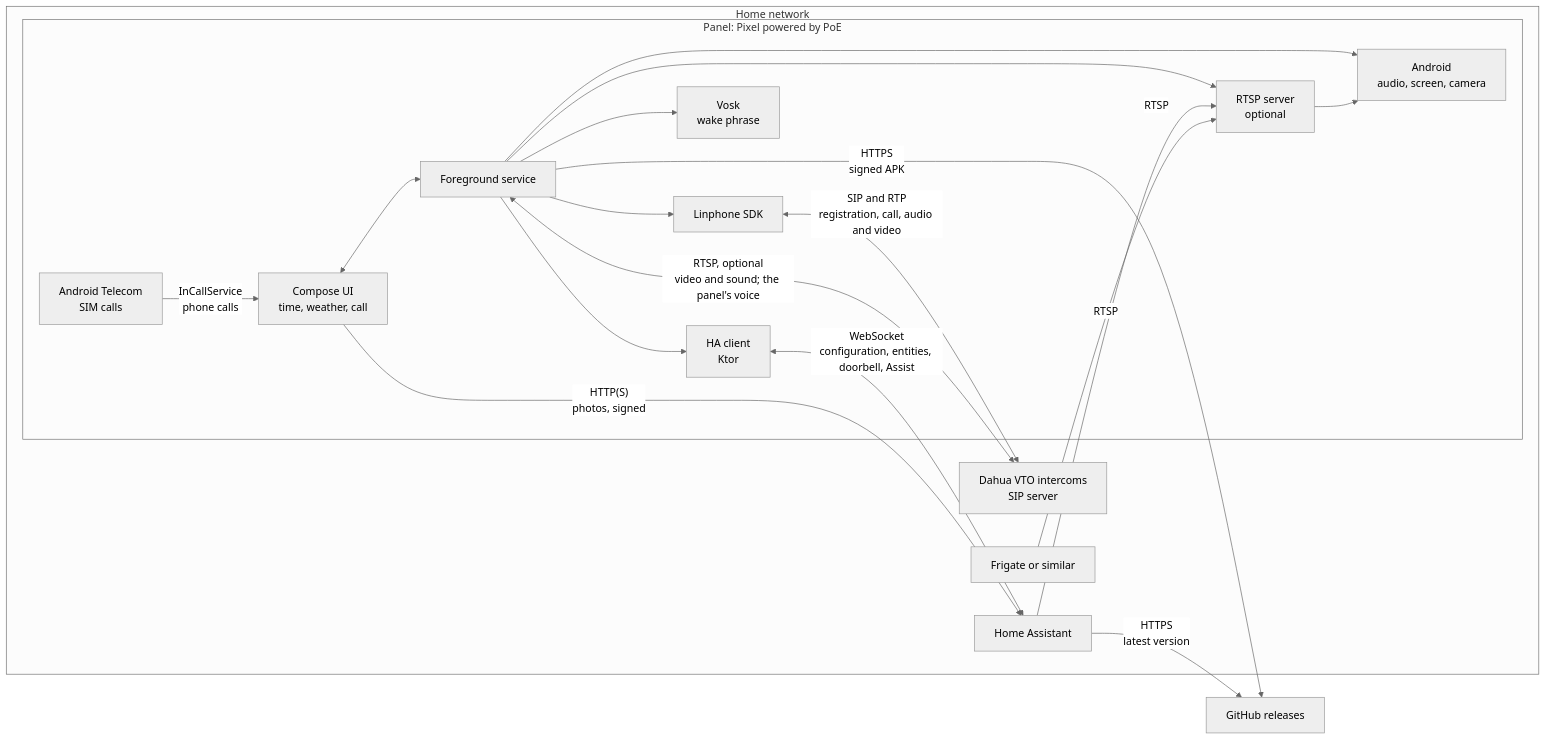
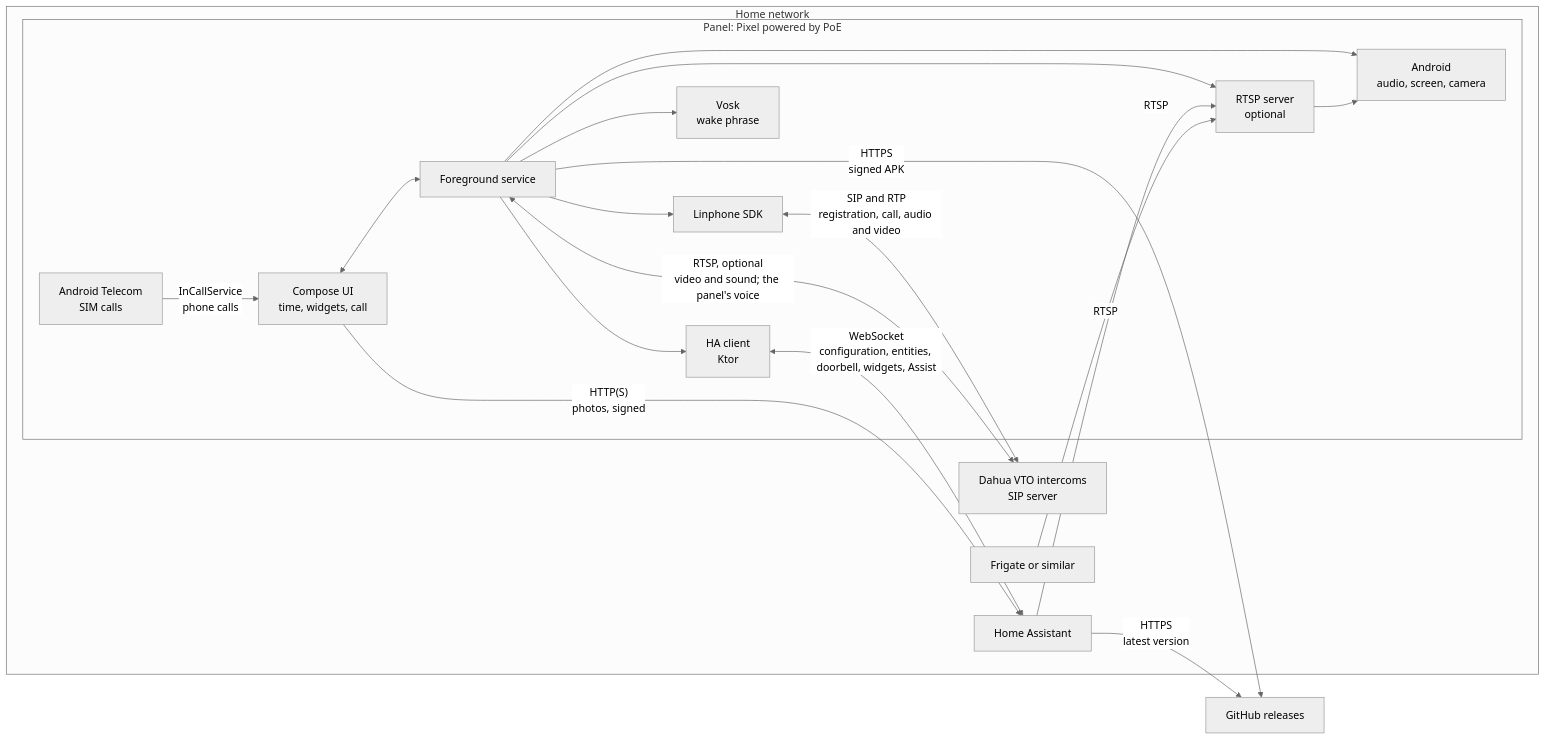
One commit to xoadev/marc2d changed the diagram in README.md. Above: the diagram before and after it, drawn with Mermaid (neutral theme). The commit also changed other lines of this file and 35 other files, not shown here.

First line of the commit message:
feat: Replace the weather, readings and charts with widgets rendered by Home Assistant (#11)

````diff
--- a/README.md
+++ b/README.md
@@ -46,35 +46,35 @@
 ```mermaid
 flowchart LR
     subgraph home["Home network"]
         subgraph panel["Panel: Pixel powered by PoE"]
-            ui["Compose UI<br/>time, weather, call"]
+            ui["Compose UI<br/>time, widgets, call"]
             svc["Foreground service"]
             sip["Linphone SDK"]
             hac["HA client<br/>Ktor"]
             rtsp["RTSP server<br/>optional"]
             voice["Vosk<br/>wake phrase"]
             sys["Android<br/>audio, screen, camera"]
             tel["Android Telecom<br/>SIM calls"]
         end
         vto["Dahua VTO intercoms<br/>SIP server"]
         ha["Home Assistant"]
         frigate["Frigate or similar"]
     end
 
     ui <--> svc
     svc --> sip
     svc --> hac
     svc --> rtsp
     svc --> voice
     svc --> sys
     tel -- "InCallService<br/>phone calls" --> ui
     rtsp --> sys
     sip <-- "SIP and RTP<br/>registration, call, audio and video" --> vto
     svc <-- "RTSP, optional<br/>video and sound; the panel's voice" --> vto
-    hac <-- "WebSocket<br/>configuration, entities, doorbell, Assist" --> ha
+    hac <-- "WebSocket<br/>configuration, entities, doorbell, widgets, Assist" --> ha
     ui -- "HTTP(S)<br/>photos, signed" --> ha
     ha -- "RTSP" --> rtsp
     frigate -- "RTSP" --> rtsp
     ha -- "HTTPS<br/>latest version" --> github["GitHub releases"]
     svc -- "HTTPS<br/>signed APK" --> github
 ```
````
